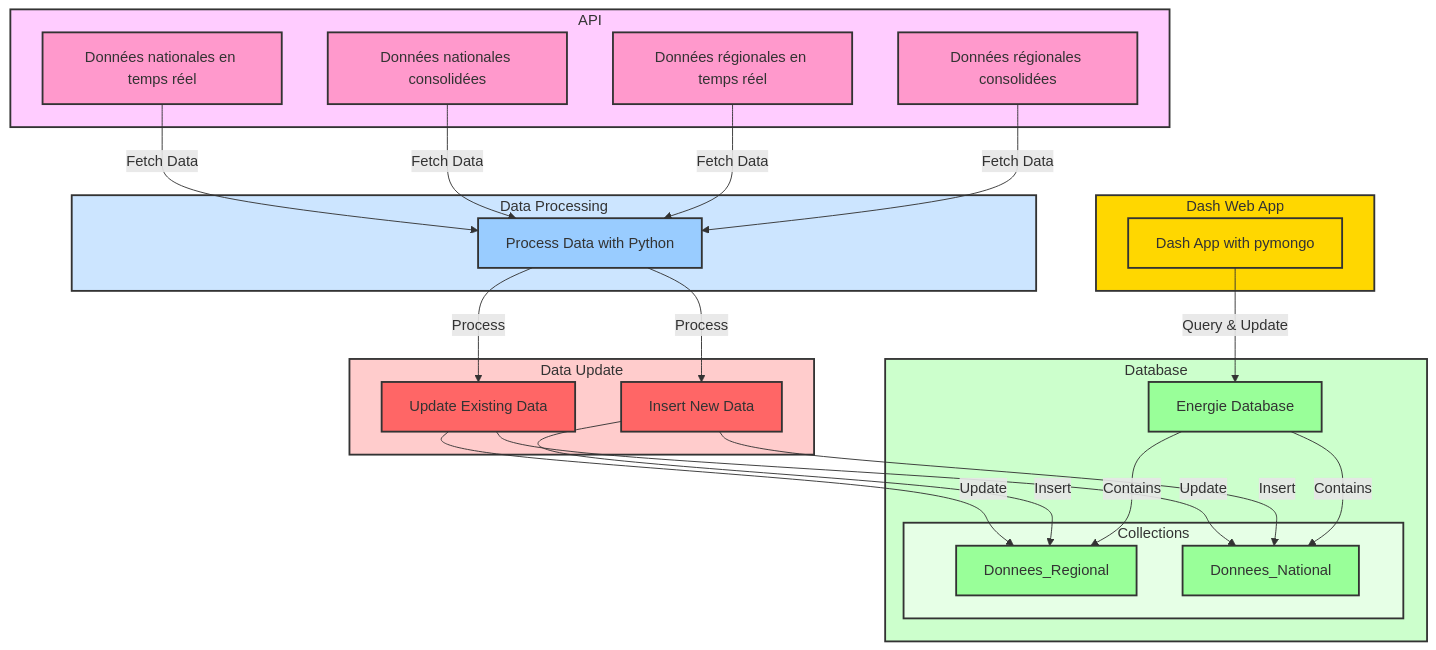
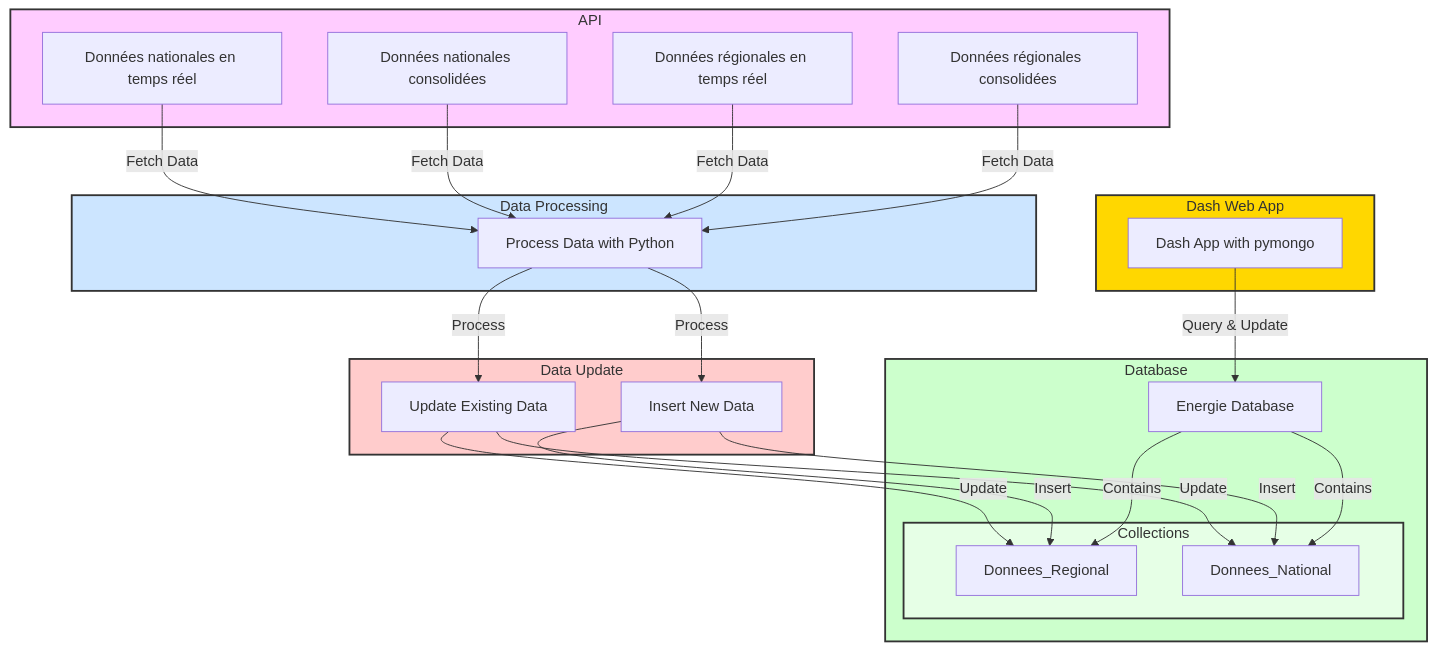
Before and after one commit to Hisqkq/Hisqkq.github.io: the second of 2 diagrams in _posts/2024-02-01-PVA.md, drawn with Mermaid.

Commit message:
refactor: Remove unused code and update diagram in PVA.md

````diff
--- a/_posts/2024-02-01-PVA.md
+++ b/_posts/2024-02-01-PVA.md
@@ -120,66 +120,54 @@
 ```mermaid
 flowchart TD
     subgraph API[API]
         style API fill:#FFCCFF,stroke:#333,stroke-width:2px
         API1[Données nationales en temps réel]
         API2[Données nationales consolidées]
         API3[Données régionales en temps réel]
         API4[Données régionales consolidées]
     end
     
     subgraph DataProcessing[Data Processing]
         style DataProcessing fill:#CCE5FF,stroke:#333,stroke-width:2px
         P1[Process Data with Python]
     end
     
     subgraph Database[Database]
         style Database fill:#CCFFCC,stroke:#333,stroke-width:2px
         DB[Energie Database]
         subgraph Collections
             style Collections fill:#E6FFE6,stroke:#333,stroke-width:2px
             DR[Donnees_Regional]
             DN[Donnees_National]
         end
     end
 
     subgraph DataUpdate[Data Update]
         style DataUpdate fill:#FFCCCC,stroke:#333,stroke-width:2px
         U1[Update Existing Data]
         U2[Insert New Data]
     end
 
     subgraph DashApp[Dash Web App]
         style DashApp fill:#FFD700,stroke:#333,stroke-width:2px
         DWA[Dash App with pymongo]
     end
     
     API1 --> |Fetch Data| P1
     API2 --> |Fetch Data| P1
     API3 --> |Fetch Data| P1
     API4 --> |Fetch Data| P1
     
     P1 --> |Process| U1
     P1 --> |Process| U2
     
     U1 --> |Update| DR
     U1 --> |Update| DN
     U2 --> |Insert| DR
     U2 --> |Insert| DN
     
     DB --> |Contains| DR
     DB --> |Contains| DN
     
     DWA --> |Query & Update| DB
-    
-    style API1 fill:#FF99CC,stroke:#333,stroke-width:2px
-    style API2 fill:#FF99CC,stroke:#333,stroke-width:2px
-    style API3 fill:#FF99CC,stroke:#333,stroke-width:2px
-    style API4 fill:#FF99CC,stroke:#333,stroke-width:2px
-    style P1 fill:#99CCFF,stroke:#333,stroke-width:2px
-    style U1 fill:#FF6666,stroke:#333,stroke-width:2px
-    style U2 fill:#FF6666,stroke:#333,stroke-width:2px
-    style DR fill:#99FF99,stroke:#333,stroke-width:2px
-    style DN fill:#99FF99,stroke:#333,stroke-width:2px
-    style DB fill:#99FF99,stroke:#333,stroke-width:2px
-    style DWA fill:#FFD700,stroke:#333,stroke-width:2px
 ```
````
